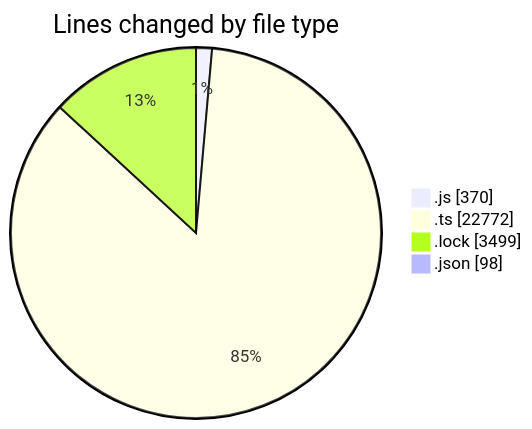
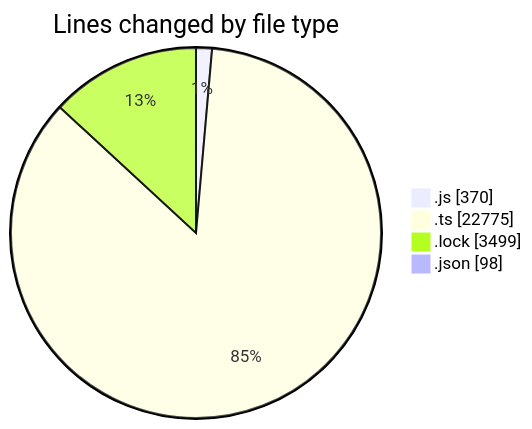
The first of 2 diagrams in 2025-05-27/cda/README.md (momahboobian/code-tracking), drawn with Mermaid before and after one commit. The commit also changed other lines of this file and 1 other file, not shown here.

````diff
--- a/2025-05-27/cda/README.md
+++ b/2025-05-27/cda/README.md
@@ -30,8 +30,8 @@
 ```mermaid
 pie showData
 title Lines changed by file type
 ".js" : 370
-".ts" : 22772
+".ts" : 22775
 ".lock" : 3499
 ".json" : 98
 ```
````
